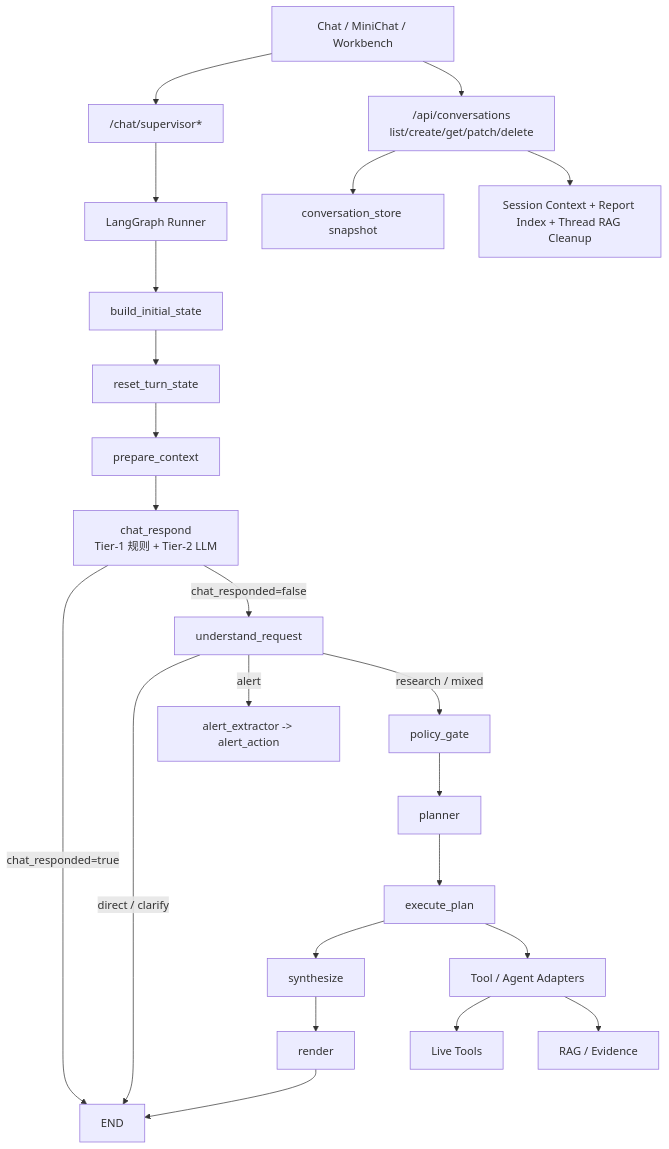
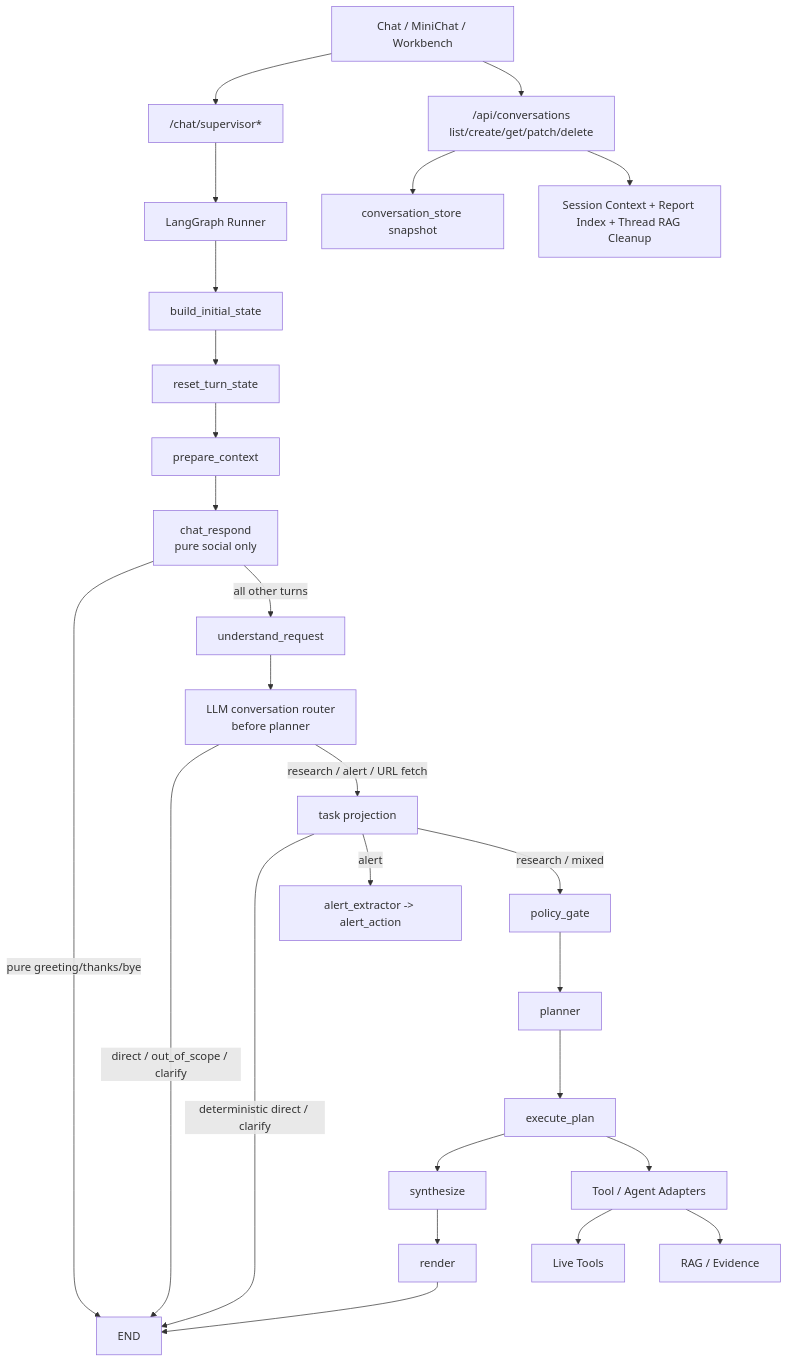
One commit to kkkano/FinSight changed the first of 4 diagrams in docs/06a_LANGGRAPH_DESIGN_SPEC.md. Above: the diagram before and after it, drawn with Mermaid. The commit also changed other lines of this file and 185 other files, not shown here.

````diff
--- a/docs/06a_LANGGRAPH_DESIGN_SPEC.md
+++ b/docs/06a_LANGGRAPH_DESIGN_SPEC.md
@@ -41,25 +41,28 @@
 ```mermaid
 flowchart TD
   UI[Chat / MiniChat / Workbench] --> CHAT["/chat/supervisor*"]
   UI --> CONV["/api/conversations<br/>list/create/get/patch/delete"]
   CHAT --> RUNNER[LangGraph Runner]
   RUNNER --> INIT[build_initial_state]
   INIT --> RESET[reset_turn_state]
   RESET --> PREPARE[prepare_context]
-  PREPARE --> CHATRESP[chat_respond<br/>Tier-1 规则 + Tier-2 LLM]
-  CHATRESP -->|chat_responded=true| ENDNODE[END]
-  CHATRESP -->|chat_responded=false| UNDERSTAND[understand_request]
-  UNDERSTAND -->|direct / clarify| ENDNODE[END]
-  UNDERSTAND -->|alert| ALERT[alert_extractor -> alert_action]
-  UNDERSTAND -->|research / mixed| POLICY[policy_gate]
+  PREPARE --> CHATRESP[chat_respond<br/>pure social only]
+  CHATRESP -->|pure greeting/thanks/bye| ENDNODE[END]
+  CHATRESP -->|all other turns| UNDERSTAND[understand_request]
+  UNDERSTAND --> ROUTER[LLM conversation router<br/>before planner]
+  ROUTER -->|direct / out_of_scope / clarify| ENDNODE
+  ROUTER -->|research / alert / URL fetch| TASKS[task projection]
+  TASKS -->|deterministic direct / clarify| ENDNODE[END]
+  TASKS -->|alert| ALERT[alert_extractor -> alert_action]
+  TASKS -->|research / mixed| POLICY[policy_gate]
   POLICY --> PLAN[planner]
   PLAN --> EXEC[execute_plan]
   EXEC --> SYNTH[synthesize]
   SYNTH --> RENDER[render]
   RENDER --> ENDNODE
   EXEC --> TOOLS[Tool / Agent Adapters]
   TOOLS --> LIVE[Live Tools]
   TOOLS --> RAG[RAG / Evidence]
   CONV --> SNAPSHOT[conversation_store snapshot]
   CONV --> CTX[Session Context + Report Index + Thread RAG Cleanup]
 ```
````
